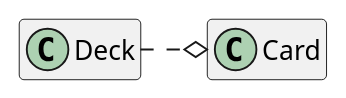
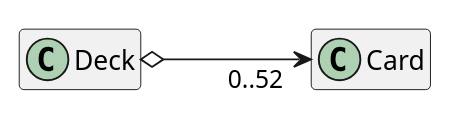
Before and after one commit to MarcoBuster/sweng: the seventh of 9 diagrams in src/09_uml/04_class-diagram.md, drawn with PlantUML. The commit also changed other lines of this file, not shown here.

````diff
--- a/src/09_uml/04_class-diagram.md
+++ b/src/09_uml/04_class-diagram.md
@@ -107,9 +135,9 @@
-```plantuml
-@startuml
-hide fields
-hide methods
-class Deck
-class Card
-Deck .o Card
-@enduml
-```
+  ```plantuml
+  @startuml
+  hide fields
+  hide methods
+  class Deck
+  class Card
+  Deck o---r-> "0..52  " Card : \t \t
+  @enduml
+  ```
````
